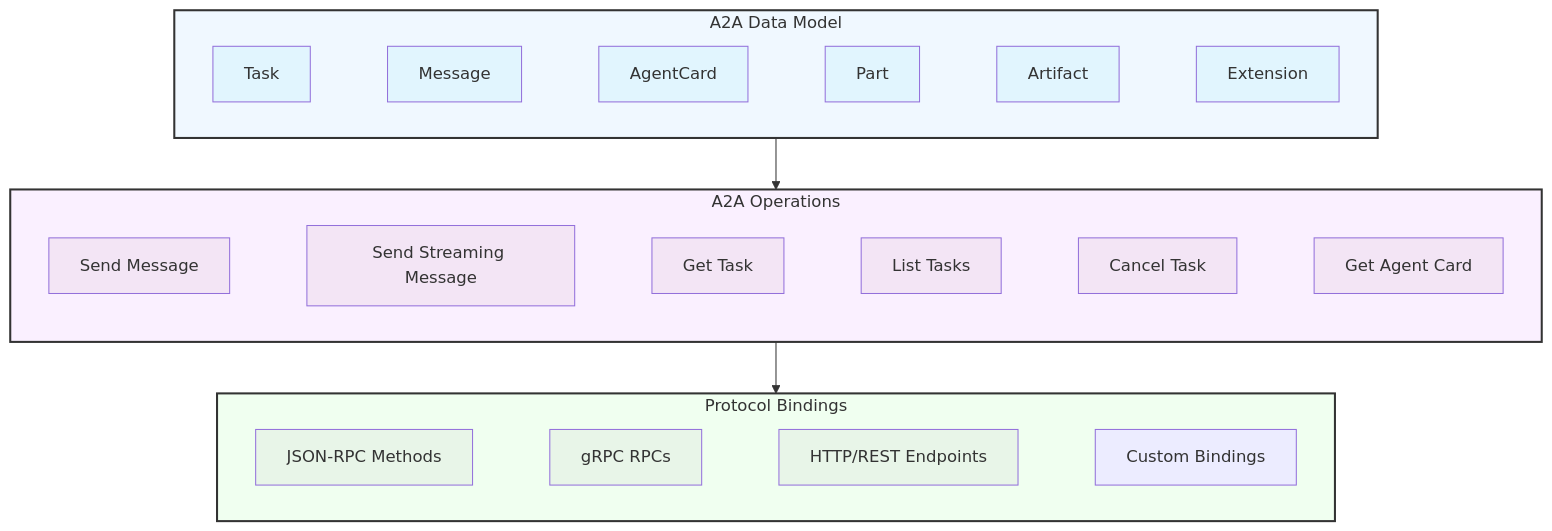
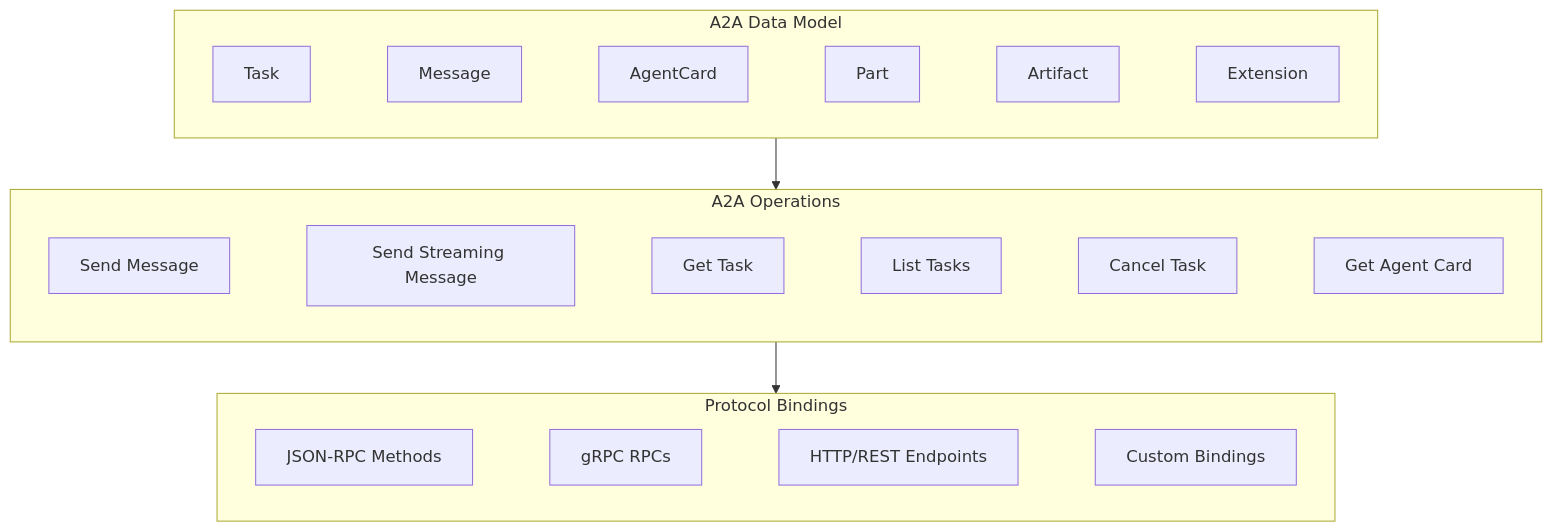
Before and after one commit to a2aproject/A2A: the diagram in docs/specification.md, drawn with Mermaid. The commit also changed 4 other files, not shown here.

````diff
--- a/docs/specification.md
+++ b/docs/specification.md
@@ -47,44 +47,21 @@
 ```mermaid
 graph TB
     subgraph L1 ["A2A Data Model"]
         direction LR
         A[Task] ~~~ B[Message] ~~~ C[AgentCard] ~~~ D[Part] ~~~ E[Artifact] ~~~ F[Extension]
     end
 
     subgraph L2 ["A2A Operations"]
         direction LR
         G[Send Message] ~~~ H[Send Streaming Message] ~~~ I[Get Task] ~~~ J[List Tasks] ~~~ K[Cancel Task] ~~~ L[Get Agent Card]
     end
 
     subgraph L3 ["Protocol Bindings"]
         direction LR
         M[JSON-RPC Methods] ~~~ N[gRPC RPCs] ~~~ O[HTTP/REST Endpoints] ~~~ P[Custom Bindings]
     end
 
     %% Dependencies between layers
     L1 --> L2
     L2 --> L3
-
-
-    style A fill:#e1f5fe
-    style B fill:#e1f5fe
-    style C fill:#e1f5fe
-    style D fill:#e1f5fe
-    style E fill:#e1f5fe
-    style F fill:#e1f5fe
-
-    style G fill:#f3e5f5
-    style H fill:#f3e5f5
-    style I fill:#f3e5f5
-    style J fill:#f3e5f5
-    style K fill:#f3e5f5
-    style L fill:#f3e5f5
-
-    style M fill:#e8f5e8
-    style N fill:#e8f5e8
-    style O fill:#e8f5e8
-
-    style L1 fill:#f0f8ff,stroke:#333,stroke-width:2px
-    style L2 fill:#faf0ff,stroke:#333,stroke-width:2px
-    style L3 fill:#f0fff0,stroke:#333,stroke-width:2px
 ```
````
